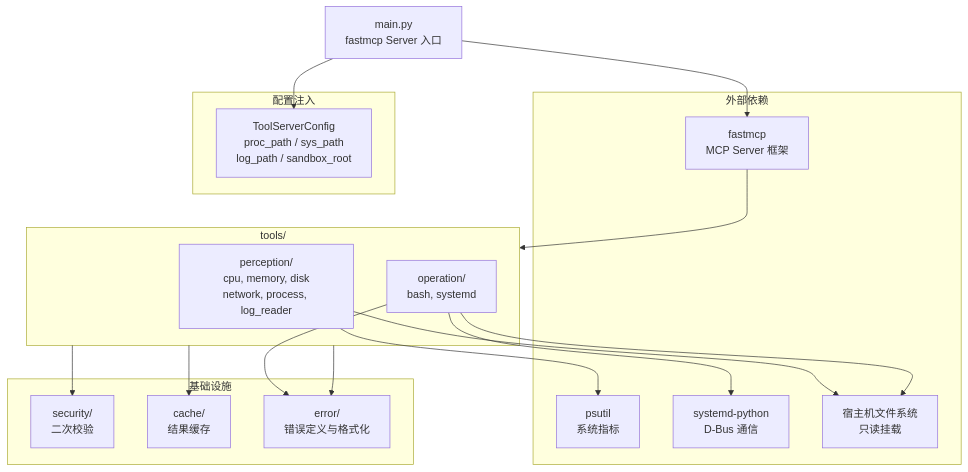
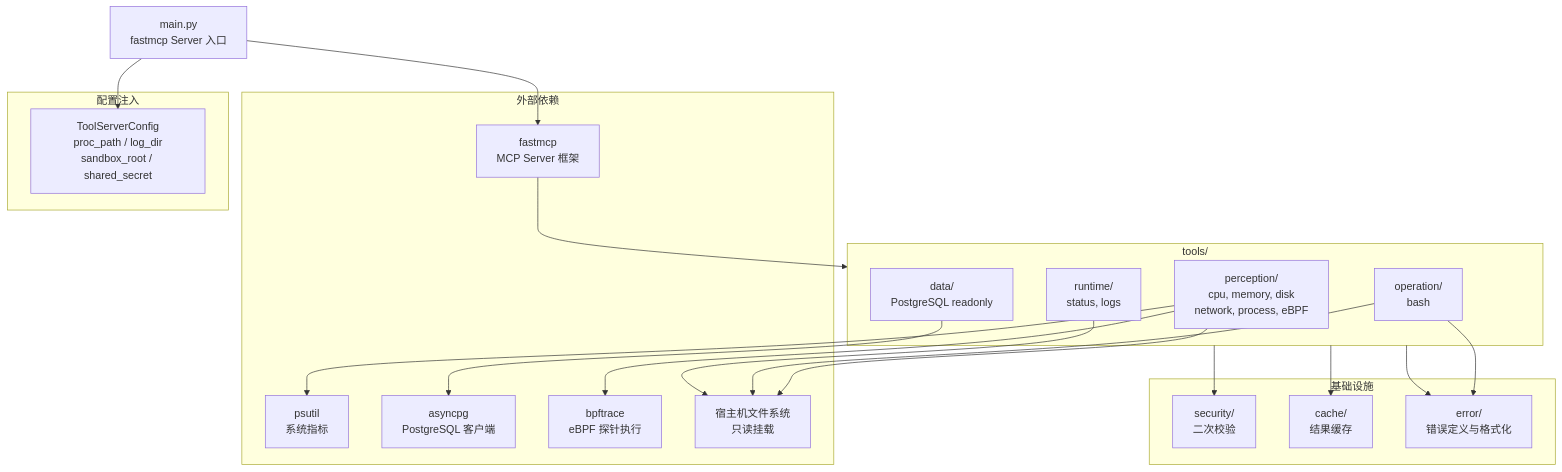
Before and after one commit to nazzeDe/alascup-agent: the sixth of 7 diagrams in tool-server/graph.md, drawn with Mermaid. The commit also changed 77 other files, not shown here.

````diff
--- a/tool-server/graph.md
+++ b/tool-server/graph.md
@@ -226,40 +226,45 @@
 ```mermaid
 flowchart TD
     %% 声明
     main["main.py<br/>fastmcp Server 入口"]
 
     subgraph tools["tools/"]
-        perception["perception/<br/>cpu, memory, disk<br/>network, process, log_reader"]
-        operation["operation/<br/>bash, systemd"]
+        perception["perception/<br/>cpu, memory, disk<br/>network, process, eBPF"]
+        operation["operation/<br/>bash"]
+        data["data/<br/>PostgreSQL readonly"]
+        runtime["runtime/<br/>status, logs"]
     end
 
     subgraph infra["基础设施"]
         security["security/<br/>二次校验"]
         cache["cache/<br/>结果缓存"]
         error_mod["error/<br/>错误定义与格式化"]
     end
 
     subgraph external["外部依赖"]
         fastmcp["fastmcp<br/>MCP Server 框架"]
         psutil["psutil<br/>系统指标"]
-        systemd["systemd-python<br/>D-Bus 通信"]
+        asyncpg["asyncpg<br/>PostgreSQL 客户端"]
+        bpftrace["bpftrace<br/>eBPF 探针执行"]
         host["宿主机文件系统<br/>只读挂载"]
     end
 
     subgraph config["配置注入"]
-        cfg["ToolServerConfig<br/>proc_path / sys_path<br/>log_path / sandbox_root"]
+        cfg["ToolServerConfig<br/>proc_path / log_dir<br/>sandbox_root / shared_secret"]
     end
 
     %% 连线
     main --> fastmcp
     main --> cfg
     fastmcp --> tools
     tools --> security
     tools --> cache
     tools --> error_mod
     perception --> psutil
+    perception --> bpftrace
     perception --> host
     operation --> host
-    operation --> systemd
     operation --> error_mod
+    data --> asyncpg
+    runtime --> host
 ```
````
